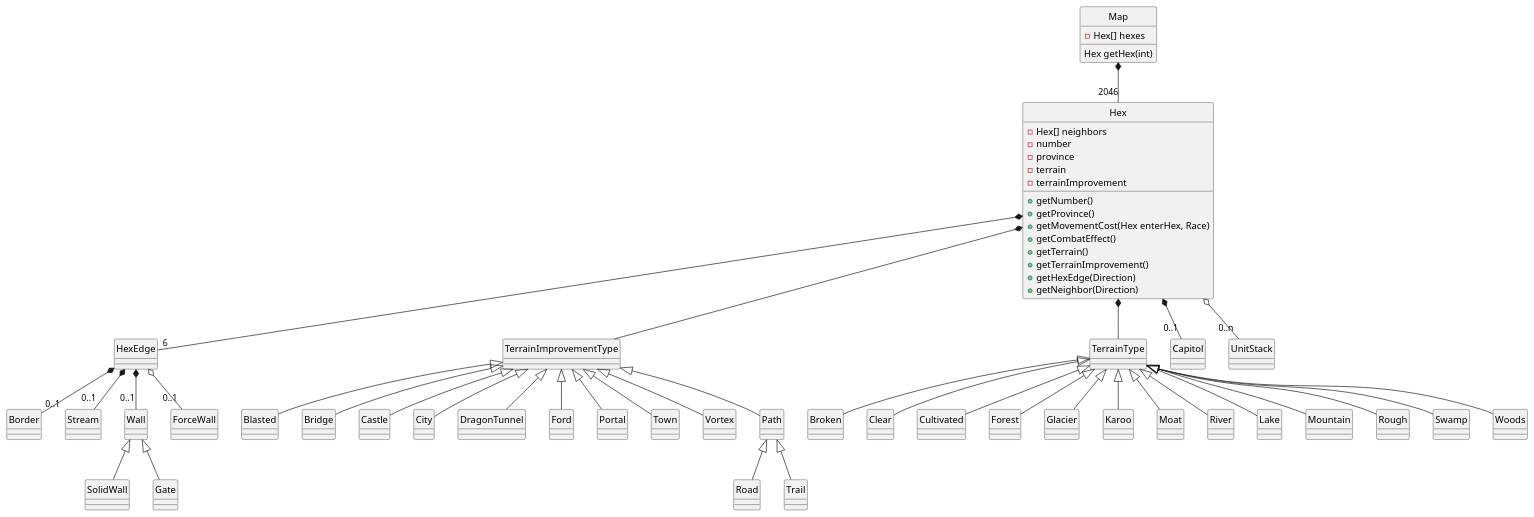
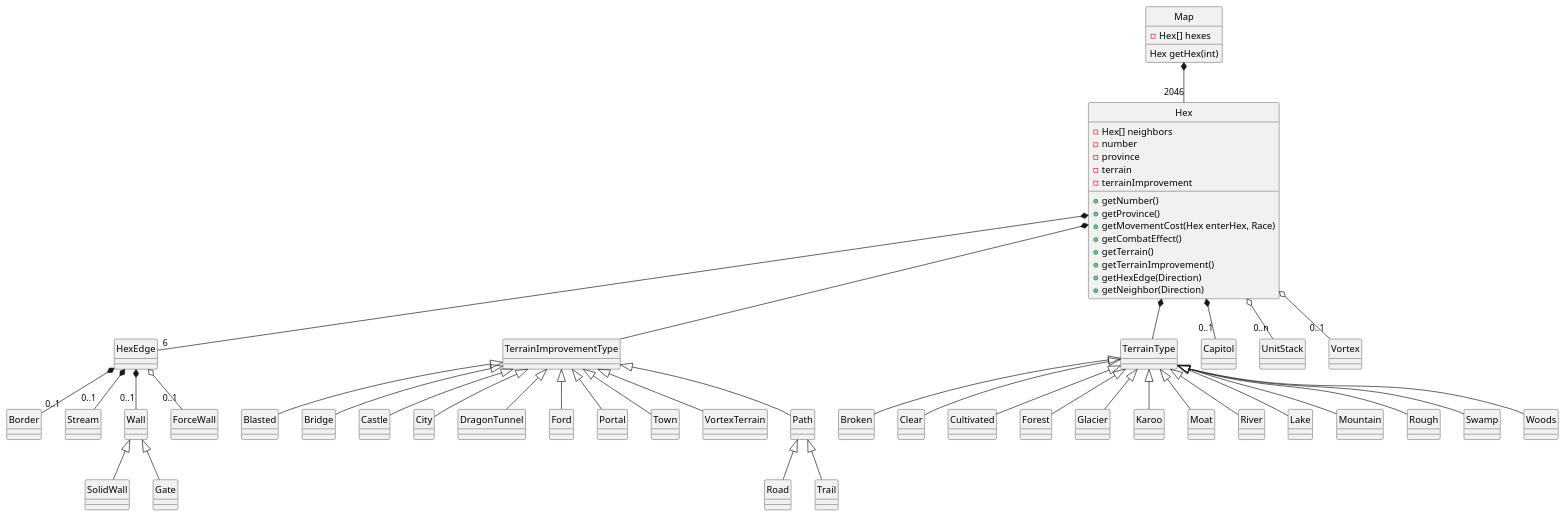
Before and after one commit to CS383-Sword-and-Sorcery/HW3: the diagram in mapmove.pu, drawn with PlantUML.

```diff
--- a/mapmove.pu
+++ b/mapmove.pu
@@ -1,65 +1,66 @@
 @startuml
 hide circle
 ' <|-- is "extention" and used for class inheritence
 ' *-- is composition (static aggregation), for when b is permanently "part of" a
 ' o-- is aggregation (dynamic aggregation)
 
 class Map {
     -Hex[] hexes
 	Hex getHex(int)
 }
 
 class Hex {
 	-Hex[] neighbors
     -number
     -province
     -terrain
     -terrainImprovement
     +getNumber()
     +getProvince()
     +getMovementCost(Hex enterHex, Race)
     +getCombatEffect()
     +getTerrain()
     +getTerrainImprovement()
 	+getHexEdge(Direction)
     +getNeighbor(Direction)
 }
 
 Map *-- "2046" Hex
 Hex *-- "6" HexEdge
 Hex *-- TerrainImprovementType
 Hex *-- TerrainType
 Hex *-- "0..1" Capitol
 Hex o-- "0..n" UnitStack
+Hex o-- "0..1" Vortex
 HexEdge *-- "0..1" Border
 HexEdge *-- "0..1" Stream
 HexEdge *-- "0..1" Wall
                    Wall <|-- SolidWall
                    Wall <|-- Gate
 HexEdge o-- "0..1" ForceWall
 TerrainType <|-- Broken
 TerrainType <|-- Clear
 TerrainType <|-- Cultivated
 TerrainType <|-- Forest
 TerrainType <|-- Glacier
 TerrainType <|-- Karoo
 TerrainType <|-- Moat
 TerrainType <|-- River
 TerrainType <|-- Lake
 TerrainType <|-- Mountain
 TerrainType <|-- Rough
 TerrainType <|-- Swamp
 TerrainType <|-- Woods
 TerrainImprovementType <|-- Blasted
 TerrainImprovementType <|-- Bridge
 TerrainImprovementType <|-- Castle
 TerrainImprovementType <|-- City
 TerrainImprovementType <|-- DragonTunnel
 TerrainImprovementType <|-- Ford
 TerrainImprovementType <|-- Portal
 TerrainImprovementType <|-- Town
-TerrainImprovementType <|-- Vortex
+TerrainImprovementType <|-- VortexTerrain
 TerrainImprovementType <|-- Path
                             Path <|-- Road
                             Path <|-- Trail
 @enduml
```
